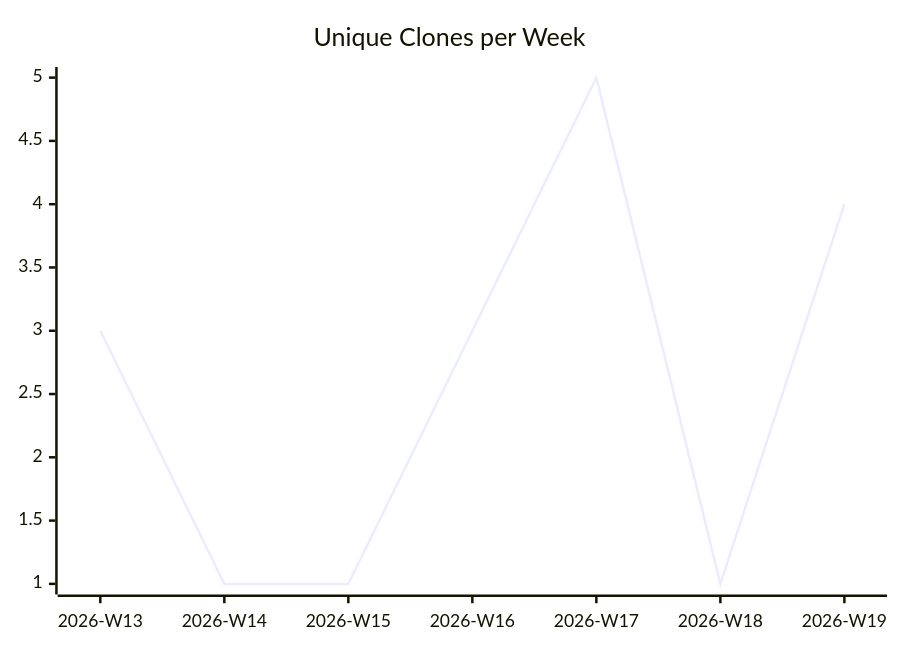
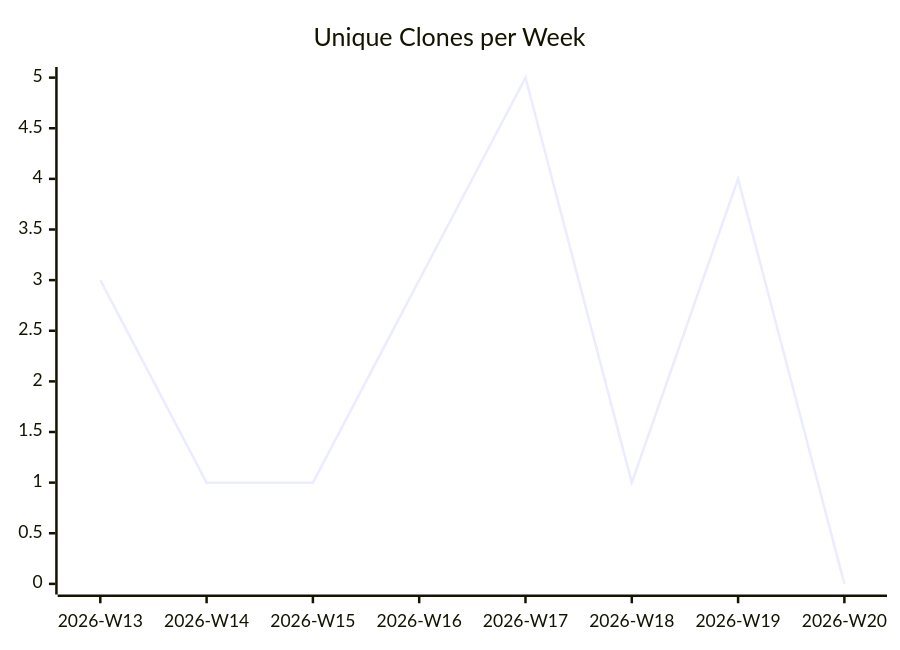
One commit to justdavis-family/github-analytics-data changed the third of 3 diagrams in karlmdavis/stockfighter-trades-solutions/README.md. Above: the diagram before and after it, drawn with Mermaid. The commit also changed other lines of this file and 176 other files, not shown here.

````diff
--- a/karlmdavis/stockfighter-trades-solutions/README.md
+++ b/karlmdavis/stockfighter-trades-solutions/README.md
@@ -19,6 +19,6 @@
 ```mermaid
 xychart-beta
   title "Unique Clones per Week"
-  x-axis ["2026-W13", "2026-W14", "2026-W15", "2026-W16", "2026-W17", "2026-W18", "2026-W19"]
-  line [3, 1, 1, 3, 5, 1, 4]
+  x-axis ["2026-W13", "2026-W14", "2026-W15", "2026-W16", "2026-W17", "2026-W18", "2026-W19", "2026-W20"]
+  line [3, 1, 1, 3, 5, 1, 4, 0]
 ```
````
